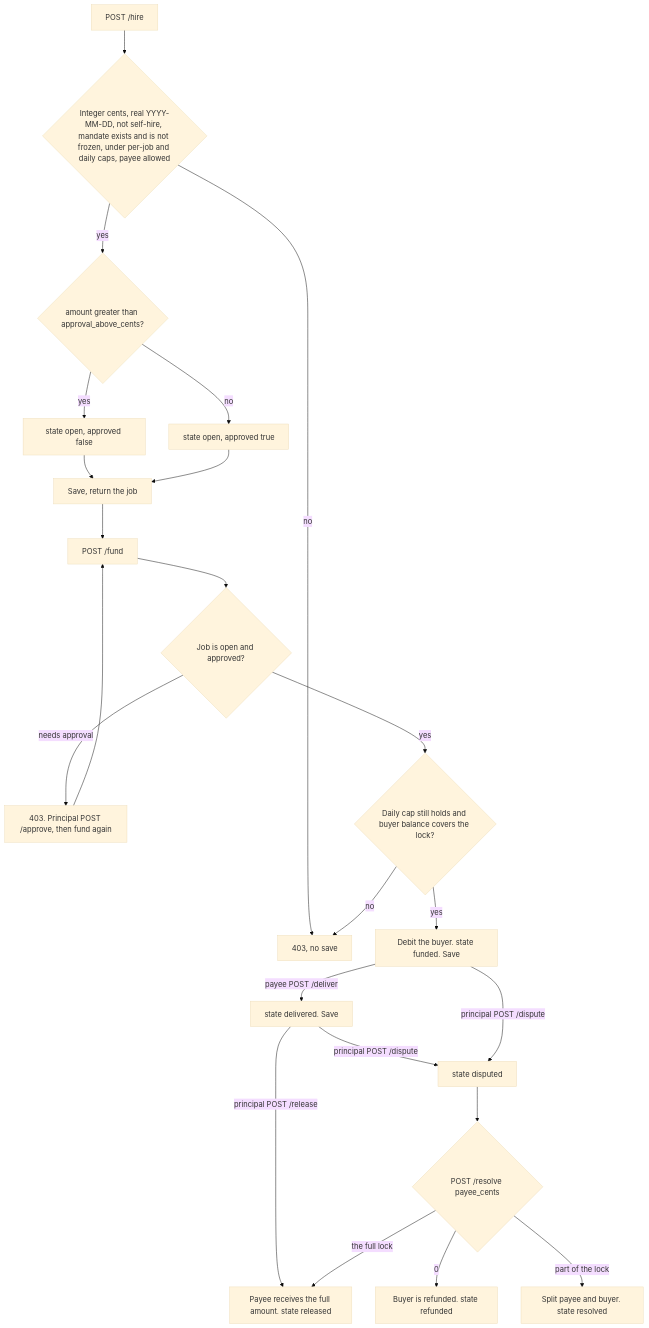
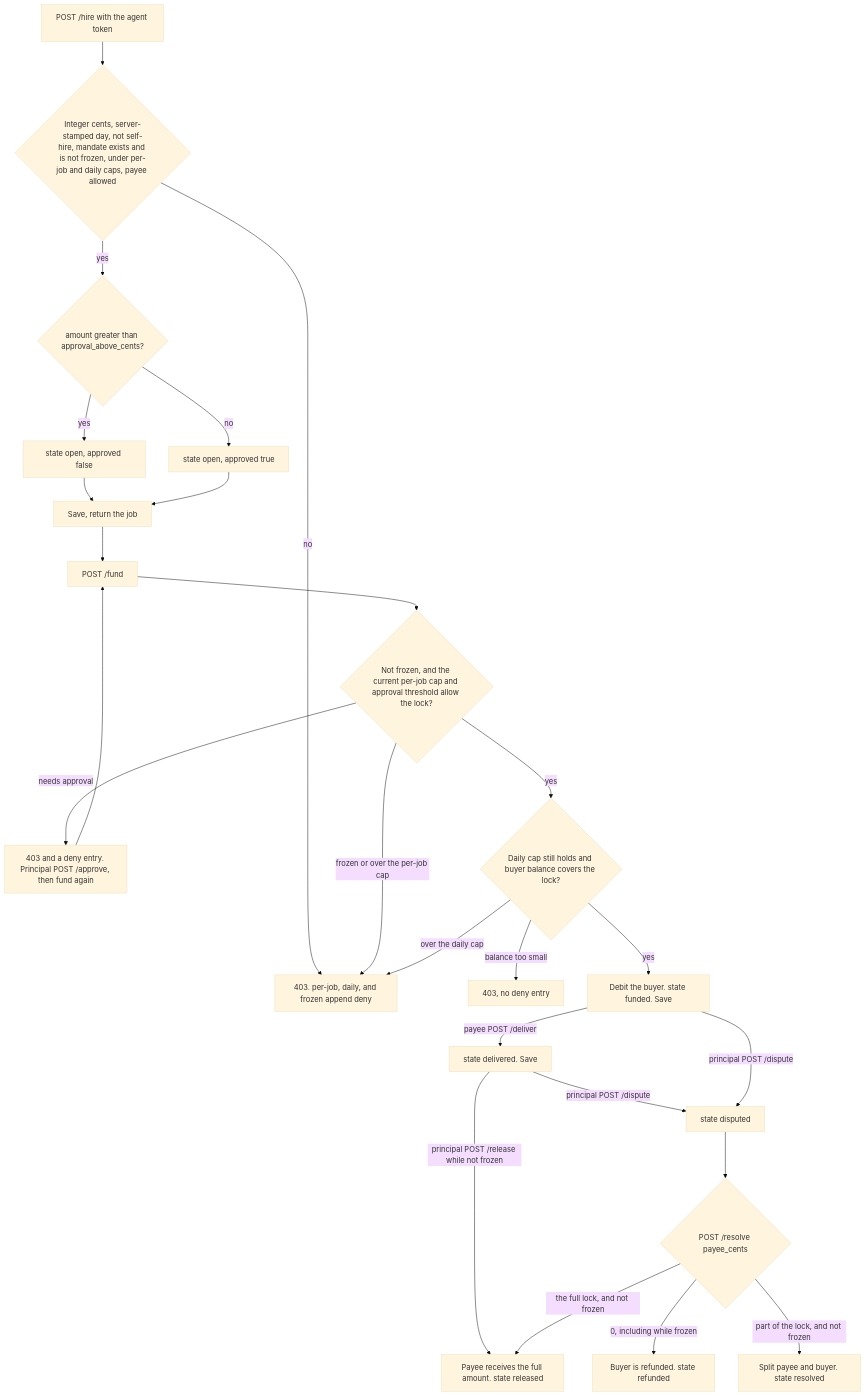
Before and after one commit to pileofflapjacks1/agent-ledger: the third of 4 diagrams in README.md, drawn with Mermaid (base theme). The commit also changed other lines of this file and 15 other files, not shown here.

First line of the commit message:
Keep the spending agent from choosing the day, the caps, or the payout.

````diff
--- a/README.md
+++ b/README.md
@@ -72,25 +75,27 @@
 ```mermaid
 flowchart TD
-  hire["POST /hire"] --> hchk{"Integer cents, real YYYY-MM-DD, not self-hire, mandate exists and is not frozen, under per-job and daily caps, payee allowed"}
-  hchk -->|"no"| deny["403, no save"]
+  hire["POST /hire with the agent token"] --> hchk{"Integer cents, server-stamped day, not self-hire, mandate exists and is not frozen, under per-job and daily caps, payee allowed"}
+  hchk -->|"no"| deny["403. per-job, daily, and frozen append deny"]
   hchk -->|"yes"| threshold{"amount greater than approval_above_cents?"}
   threshold -->|"yes"| pending["state open, approved false"]
   threshold -->|"no"| ready["state open, approved true"]
   pending --> saved["Save, return the job"]
   ready --> saved
   saved --> fund["POST /fund"]
-  fund --> gate{"Job is open and approved?"}
-  gate -->|"needs approval"| wait["403. Principal POST /approve, then fund again"]
+  fund --> gate{"Not frozen, and the current per-job cap and approval threshold allow the lock?"}
+  gate -->|"frozen or over the per-job cap"| deny
+  gate -->|"needs approval"| wait["403 and a deny entry. Principal POST /approve, then fund again"]
   wait --> fund
   gate -->|"yes"| money{"Daily cap still holds and buyer balance covers the lock?"}
-  money -->|"no"| deny
+  money -->|"over the daily cap"| deny
+  money -->|"balance too small"| quiet["403, no deny entry"]
   money -->|"yes"| locked["Debit the buyer. state funded. Save"]
   locked -->|"payee POST /deliver"| delivered["state delivered. Save"]
-  delivered -->|"principal POST /release"| released["Payee receives the full amount. state released"]
+  delivered -->|"principal POST /release while not frozen"| released["Payee receives the full amount. state released"]
   delivered -->|"principal POST /dispute"| disputed["state disputed"]
   locked -->|"principal POST /dispute"| disputed
   disputed --> split{"POST /resolve payee_cents"}
-  split -->|"0"| refunded["Buyer is refunded. state refunded"]
-  split -->|"part of the lock"| resolved["Split payee and buyer. state resolved"]
-  split -->|"the full lock"| released
+  split -->|"0, including while frozen"| refunded["Buyer is refunded. state refunded"]
+  split -->|"part of the lock, and not frozen"| resolved["Split payee and buyer. state resolved"]
+  split -->|"the full lock, and not frozen"| released
 ```
````
